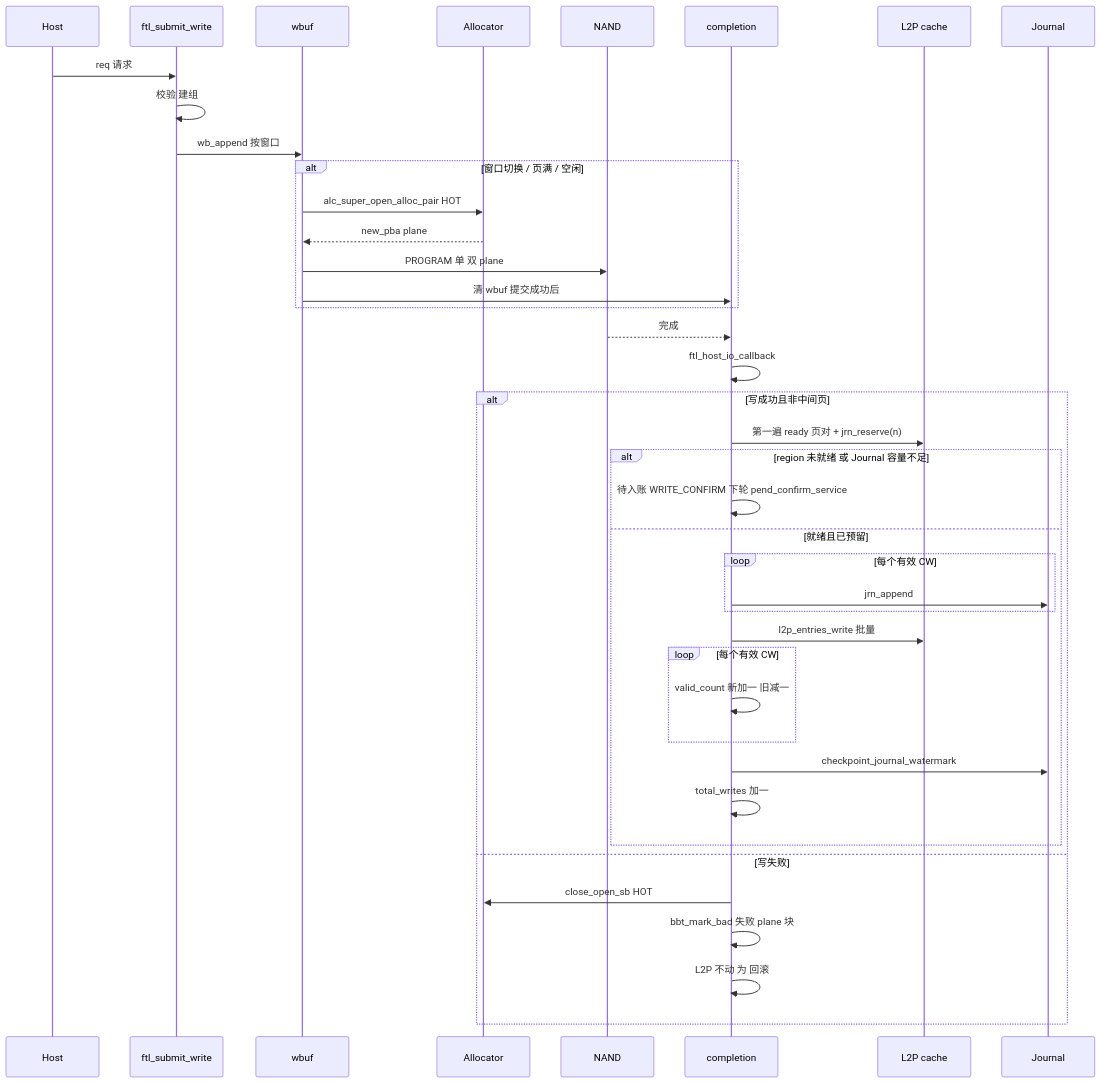
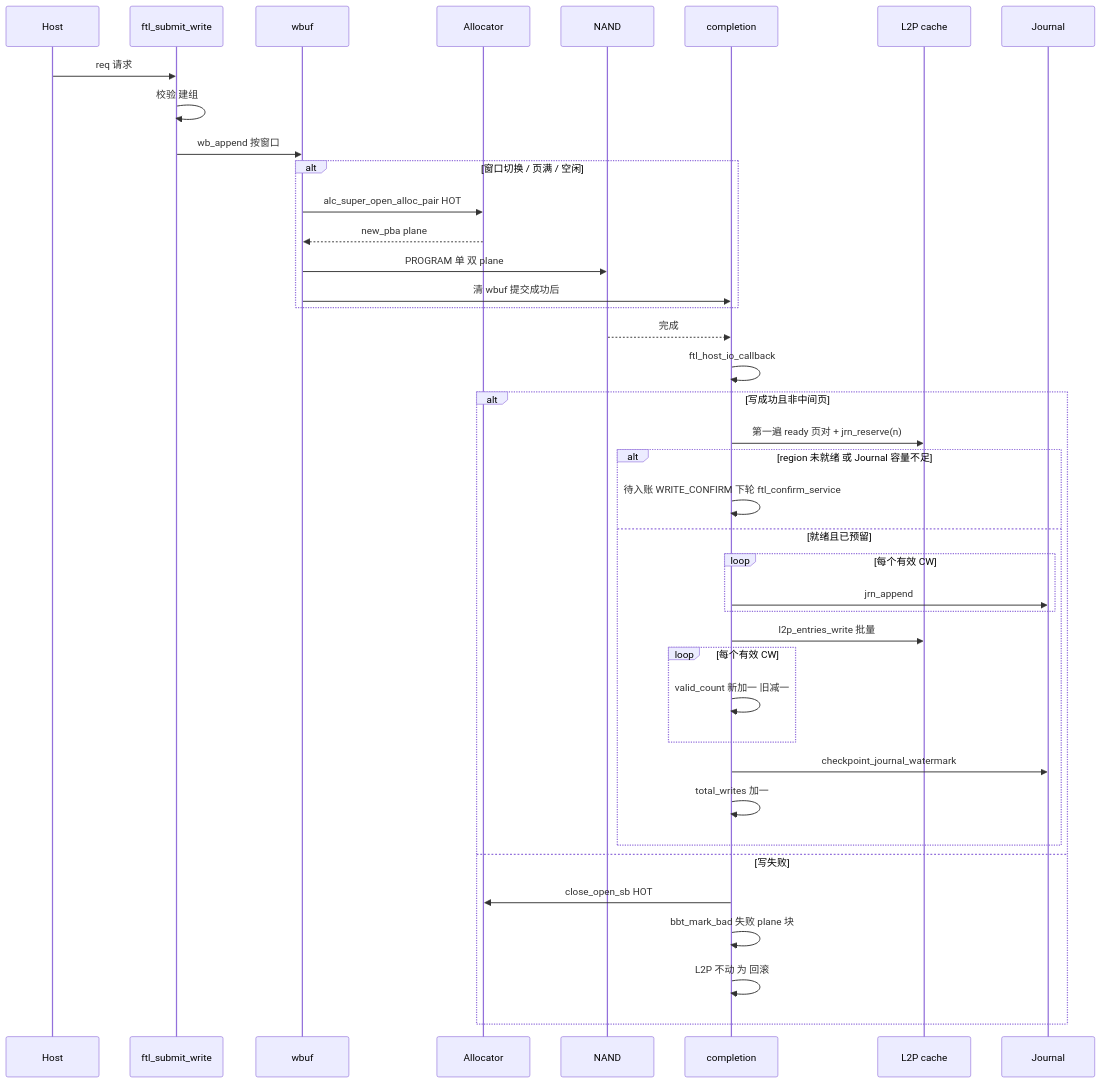
Diagram 28 of 33 in docs/design/ftl_design.md (YzYMIAO/BASESSD), drawn with Mermaid before and after one commit. The commit also changed other lines of this file and 10 other files, not shown here.

````diff
--- a/docs/design/ftl_design.md
+++ b/docs/design/ftl_design.md
@@ -4430,43 +4430,43 @@
 ```mermaid
 sequenceDiagram
     participant H as Host
     participant F as ftl_submit_write
     participant W as wbuf
     participant A as Allocator
     participant N as NAND
     participant C as completion
     participant L as L2P cache
     participant J as Journal
 
     H->>F: req 请求
     F->>F: 校验 建组
     F->>W: wb_append 按窗口
     alt 窗口切换 / 页满 / 空闲
         W->>A: alc_super_open_alloc_pair HOT
         A-->>W: new_pba plane
         W->>N: PROGRAM 单 双 plane
         W->>C: 清 wbuf 提交成功后
     end
     N-->>C: 完成
     C->>C: ftl_host_io_callback
     alt 写成功且非中间页
         C->>L: 第一遍 ready 页对 + jrn_reserve(n)
         alt region 未就绪 或 Journal 容量不足
-            C->>C: 待入账 WRITE_CONFIRM 下轮 pend_confirm_service
+            C->>C: 待入账 WRITE_CONFIRM 下轮 ftl_confirm_service
         else 就绪且已预留
             loop 每个有效 CW
                 C->>J: jrn_append
             end
             C->>L: l2p_entries_write 批量
             loop 每个有效 CW
                 C->>C: valid_count 新加一 旧减一
             end
             C->>J: checkpoint_journal_watermark
             C->>C: total_writes 加一
         end
     else 写失败
         C->>A: close_open_sb HOT
         C->>C: bbt_mark_bad 失败 plane 块
         C->>C: L2P 不动 为 回滚
     end
 ```
````
